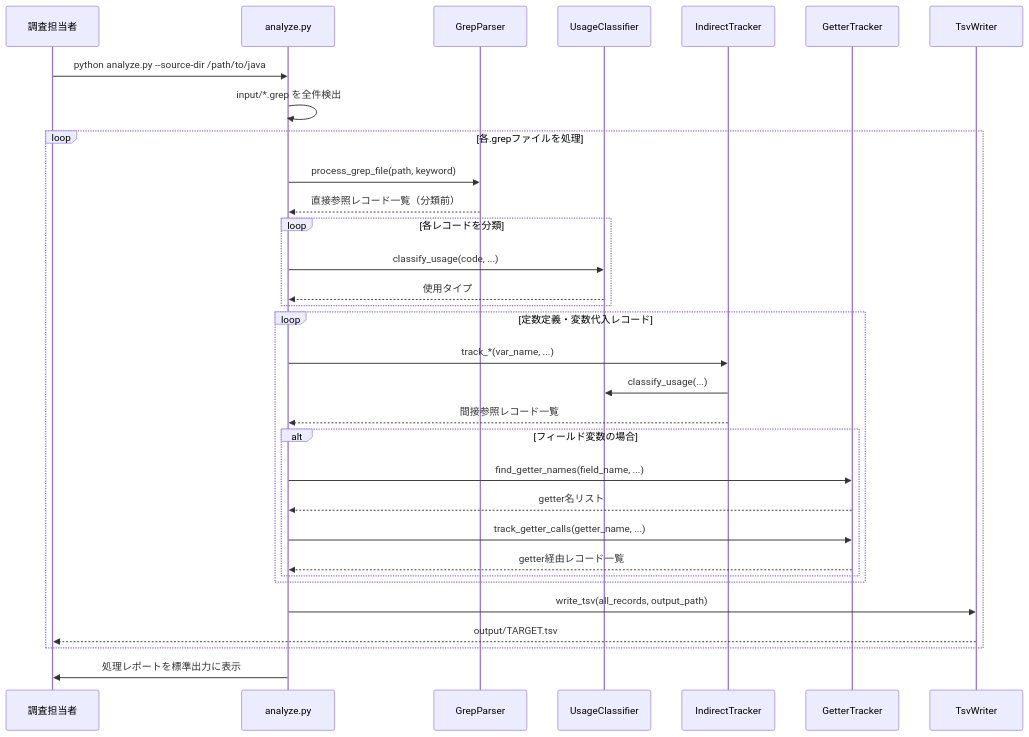
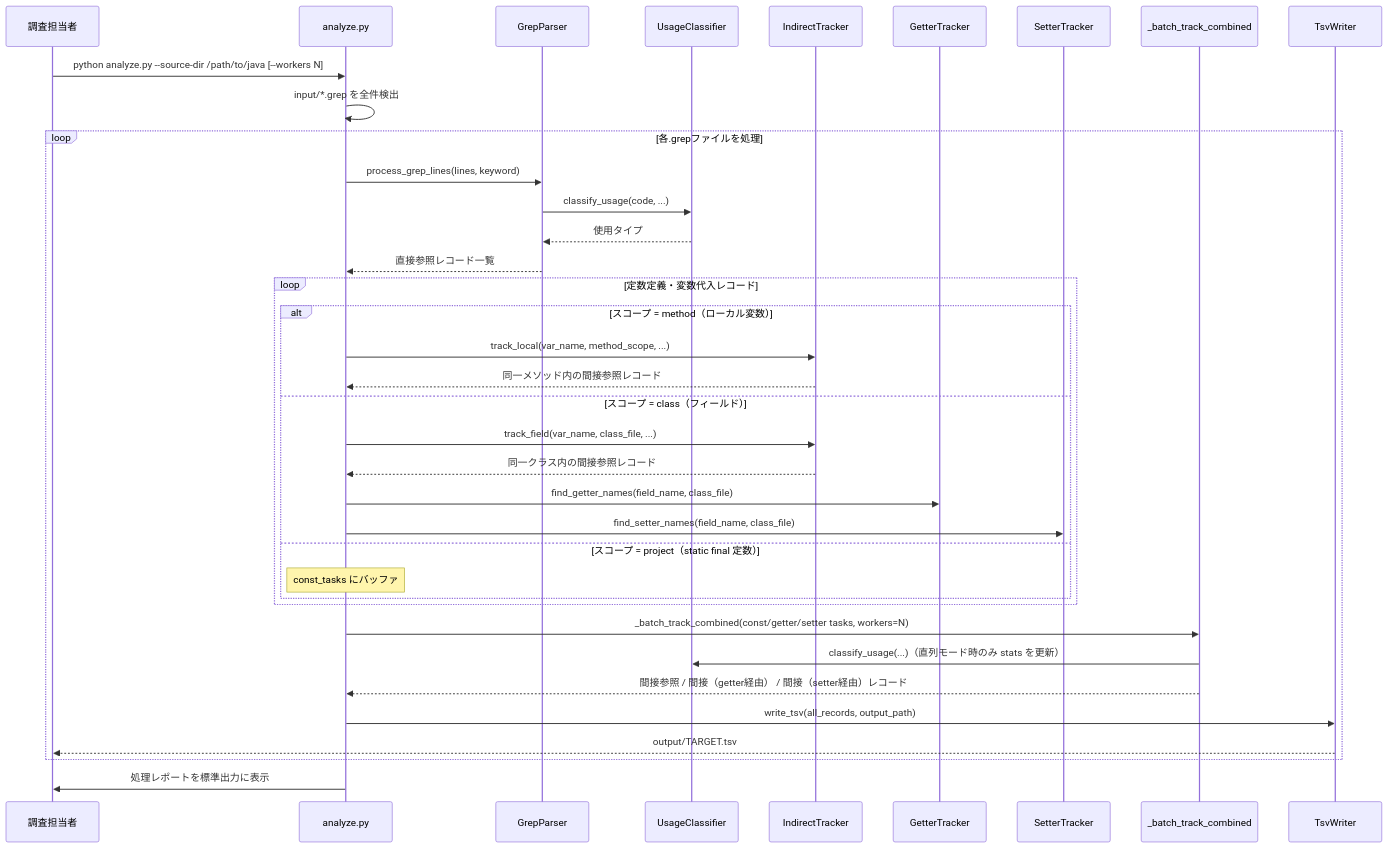
One commit to AkiraIsozaki/grep_helper_superpowers changed the fourth of 5 diagrams in docs/functional-design.md. Above: the diagram before and after it, drawn with Mermaid. The commit also changed other lines of this file and 6 other files, not shown here.

````diff
--- a/docs/functional-design.md
+++ b/docs/functional-design.md
@@ -503,35 +544,40 @@
 ```mermaid
 sequenceDiagram
     participant User as 調査担当者
     participant CLI as analyze.py
     participant Parser as GrepParser
     participant Classifier as UsageClassifier
     participant Indirect as IndirectTracker
     participant Getter as GetterTracker
+    participant Setter as SetterTracker
+    participant Batch as _batch_track_combined
     participant Writer as TsvWriter
 
-    User->>CLI: python analyze.py --source-dir /path/to/java
+    User->>CLI: python analyze.py --source-dir /path/to/java [--workers N]
     CLI->>CLI: input/*.grep を全件検出
     loop 各.grepファイルを処理
-        CLI->>Parser: process_grep_file(path, keyword)
-        Parser-->>CLI: 直接参照レコード一覧（分類前）
-        loop 各レコードを分類
-            CLI->>Classifier: classify_usage(code, ...)
-            Classifier-->>CLI: 使用タイプ
-        end
+        CLI->>Parser: process_grep_lines(lines, keyword)
+        Parser->>Classifier: classify_usage(code, ...)
+        Classifier-->>Parser: 使用タイプ
+        Parser-->>CLI: 直接参照レコード一覧
         loop 定数定義・変数代入レコード
-            CLI->>Indirect: track_*(var_name, ...)
-            Indirect->>Classifier: classify_usage(...)
-            Indirect-->>CLI: 間接参照レコード一覧
-            alt フィールド変数の場合
-                CLI->>Getter: find_getter_names(field_name, ...)
-                Getter-->>CLI: getter名リスト
-                CLI->>Getter: track_getter_calls(getter_name, ...)
-                Getter-->>CLI: getter経由レコード一覧
+            alt スコープ = method（ローカル変数）
+                CLI->>Indirect: track_local(var_name, method_scope, ...)
+                Indirect-->>CLI: 同一メソッド内の間接参照レコード
+            else スコープ = class（フィールド）
+                CLI->>Indirect: track_field(var_name, class_file, ...)
+                Indirect-->>CLI: 同一クラス内の間接参照レコード
+                CLI->>Getter: find_getter_names(field_name, class_file)
+                CLI->>Setter: find_setter_names(field_name, class_file)
+            else スコープ = project（static final 定数）
+                Note over CLI: const_tasks にバッファ
             end
         end
+        CLI->>Batch: _batch_track_combined(const/getter/setter tasks, workers=N)
+        Batch->>Classifier: classify_usage(...)（直列モード時のみ stats を更新）
+        Batch-->>CLI: 間接参照 / 間接（getter経由） / 間接（setter経由）レコード
         CLI->>Writer: write_tsv(all_records, output_path)
         Writer-->>User: output/TARGET.tsv
     end
     CLI->>User: 処理レポートを標準出力に表示
 ```
````
